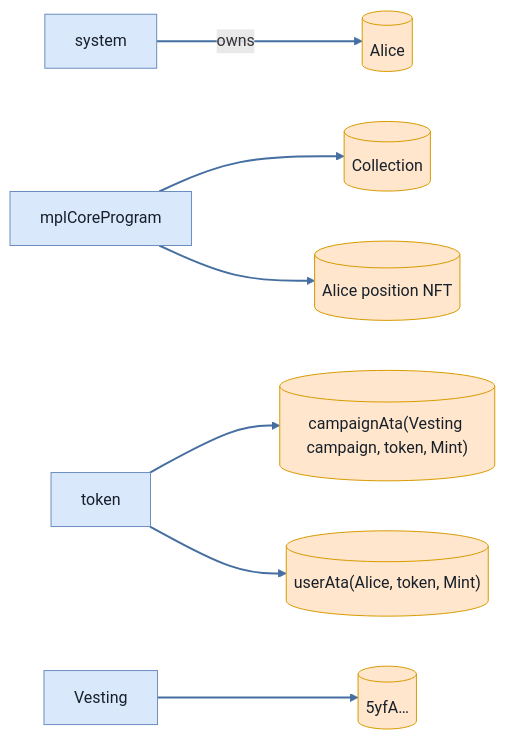
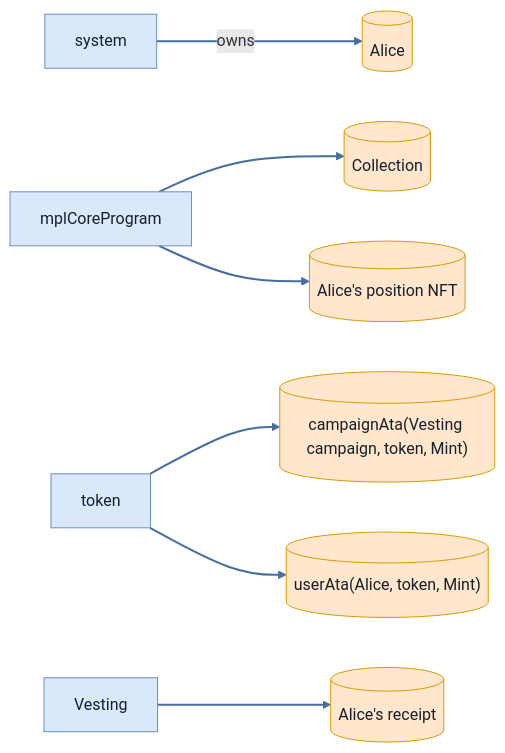
Diagram 18 of 36 in babelfish-tests/test-report/full_lifecycle.md (cds-turbin3/vesting-position), drawn with Mermaid before and after one commit. The commit also changed other lines of this file and 104 other files, not shown here.

````diff
--- a/babelfish-tests/test-report/full_lifecycle.md
+++ b/babelfish-tests/test-report/full_lifecycle.md
@@ -808,23 +808,23 @@
 ```mermaid
 flowchart LR
     system["system"]:::program
     Alice[("Alice")]:::state
     mplCoreProgram["mplCoreProgram"]:::program
     Collection[("Collection")]:::state
     token["token"]:::program
     campaignAtaVestingcampaigntokenMint[("campaignAta(Vesting campaign, token, Mint)")]:::state
     userAtaAlicetokenMint[("userAta(Alice, token, Mint)")]:::state
-    AlicepositionNFT[("Alice position NFT")]:::state
+    AlicespositionNFT[("Alice's position NFT")]:::state
     Vesting["Vesting"]:::program
-    n5yfA[("5yfA…")]:::state
+    Alicesreceipt[("Alice's receipt")]:::state
     system -->|owns| Alice
     mplCoreProgram --> Collection
     token --> campaignAtaVestingcampaigntokenMint
     token --> userAtaAlicetokenMint
-    mplCoreProgram --> AlicepositionNFT
-    Vesting --> n5yfA
+    mplCoreProgram --> AlicespositionNFT
+    Vesting --> Alicesreceipt
     classDef program fill:#dae8fc,stroke:#6c8ebf,color:#17202a;
     classDef signer fill:#d5e8d4,stroke:#82b366,color:#17202a;
     classDef state fill:#ffe6cc,stroke:#d79b00,color:#17202a;
     linkStyle 0,1,2,3,4,5 stroke:#456ea1,stroke-width:2px
 ```
````
